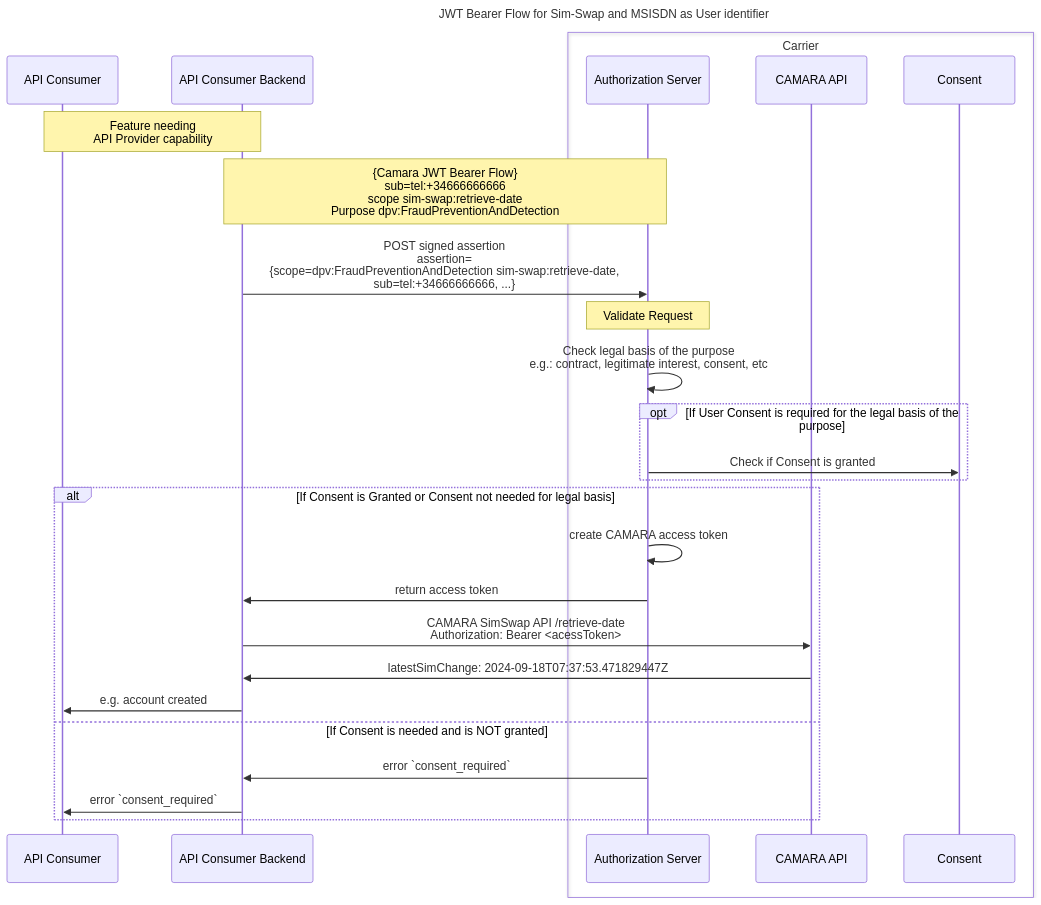
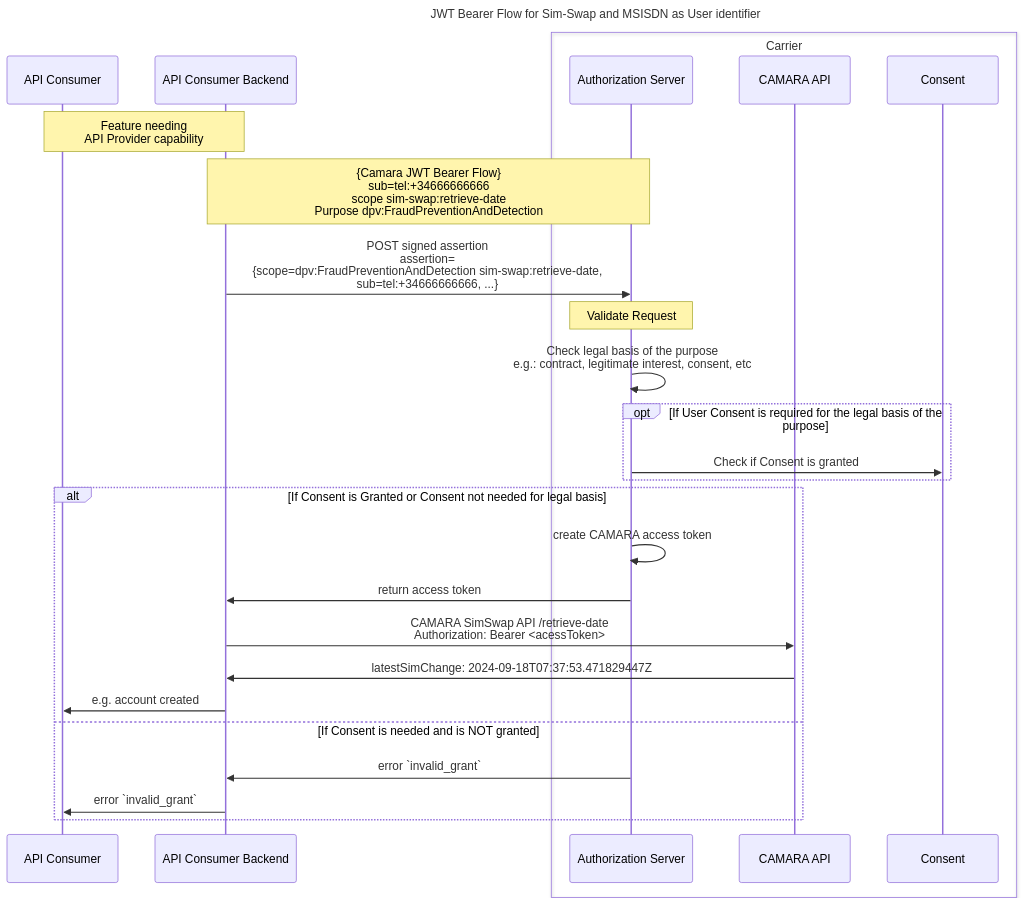
The fourth of 4 diagrams in documentation/CAMARA-API-access-and-user-consent.md (camaraproject/IdentityAndConsentManagement), drawn with Mermaid before and after one commit. The commit also changed other lines of this file, not shown here.

Commit message:
consent_required -> invalid_grant

````diff
--- a/documentation/CAMARA-API-access-and-user-consent.md
+++ b/documentation/CAMARA-API-access-and-user-consent.md
@@ -449,46 +449,46 @@
 ```mermaid
 sequenceDiagram
 
 title JWT Bearer Flow for Sim-Swap and MSISDN as User identifier
 
 participant API Consumer
 
 participant API Consumer Backend
 
 box Carrier
 participant Authorization Server
 participant CAMARA API
 participant Consent
 end
 
 Note over API Consumer,API Consumer Backend: Feature needing<br>API Provider capability  
 
 note over API Consumer Backend, Authorization Server: {Camara JWT Bearer Flow}<br/>sub=tel:+34666666666<br/>scope sim-swap:retrieve-date<br/>Purpose dpv:FraudPreventionAndDetection
 
 API Consumer Backend ->> Authorization Server: POST signed assertion<br/>assertion=<br/> {scope=dpv:FraudPreventionAndDetection sim-swap:retrieve-date,<br/>  sub=tel:+34666666666, ...}
 
 note over Authorization Server, Authorization Server: Validate Request
 
 Authorization Server ->> Authorization Server: Check legal basis of the purpose<br> e.g.: contract, legitimate interest, consent, etc
 
 opt If User Consent is required for the legal basis of the purpose  
     Authorization Server->>Consent: Check if Consent is granted
 end
 alt If Consent is Granted or Consent not needed for legal basis   
   Authorization Server ->> Authorization Server: create CAMARA access token
 
   Authorization Server ->> API Consumer Backend: return access token
 
   API Consumer Backend ->> CAMARA API: CAMARA SimSwap API /retrieve-date <br/>Authorization: Bearer <acessToken>
 
   CAMARA API ->> API Consumer Backend: latestSimChange: 2024-09-18T07:37:53.471829447Z
 
   API Consumer Backend ->> API Consumer: e.g. account created
 
 else If Consent is needed and is NOT granted
-  Authorization Server ->> API Consumer Backend: error `consent_required`
+  Authorization Server ->> API Consumer Backend: error `invalid_grant`
 
-  API Consumer Backend ->> API Consumer: error `consent_required`
+  API Consumer Backend ->> API Consumer: error `invalid_grant`
 end
 
 ```
````
